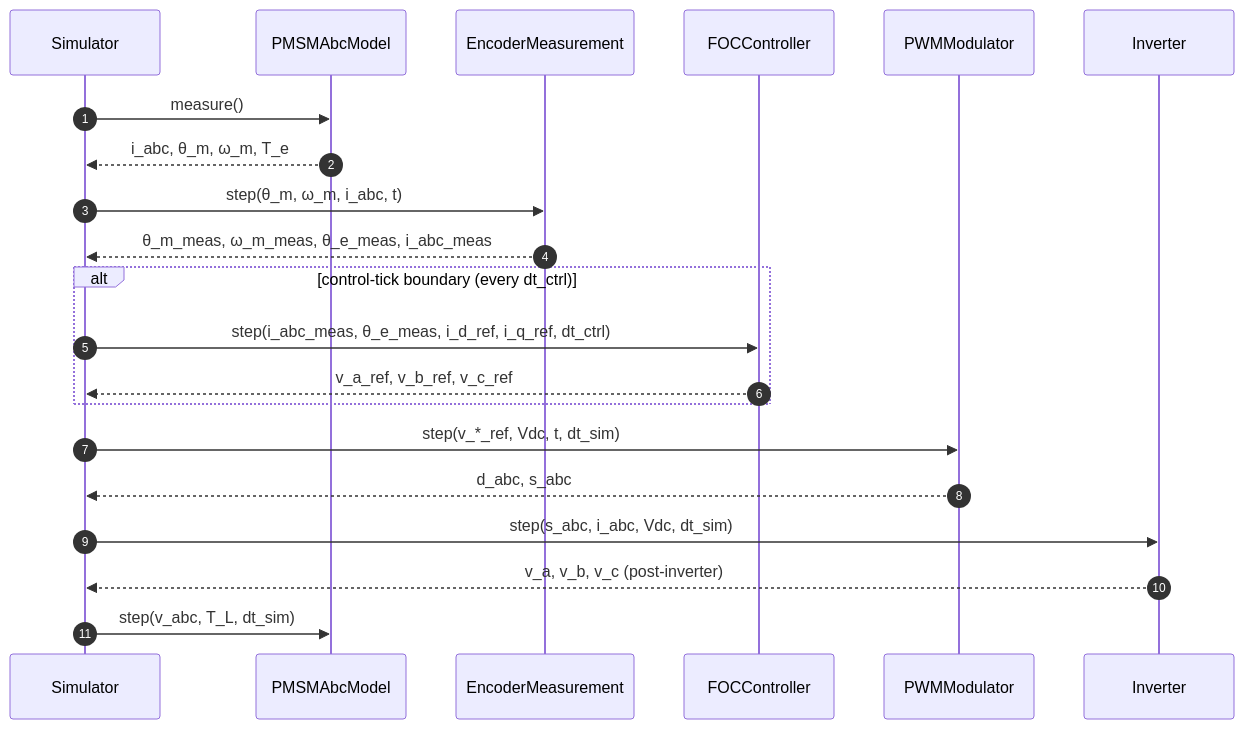
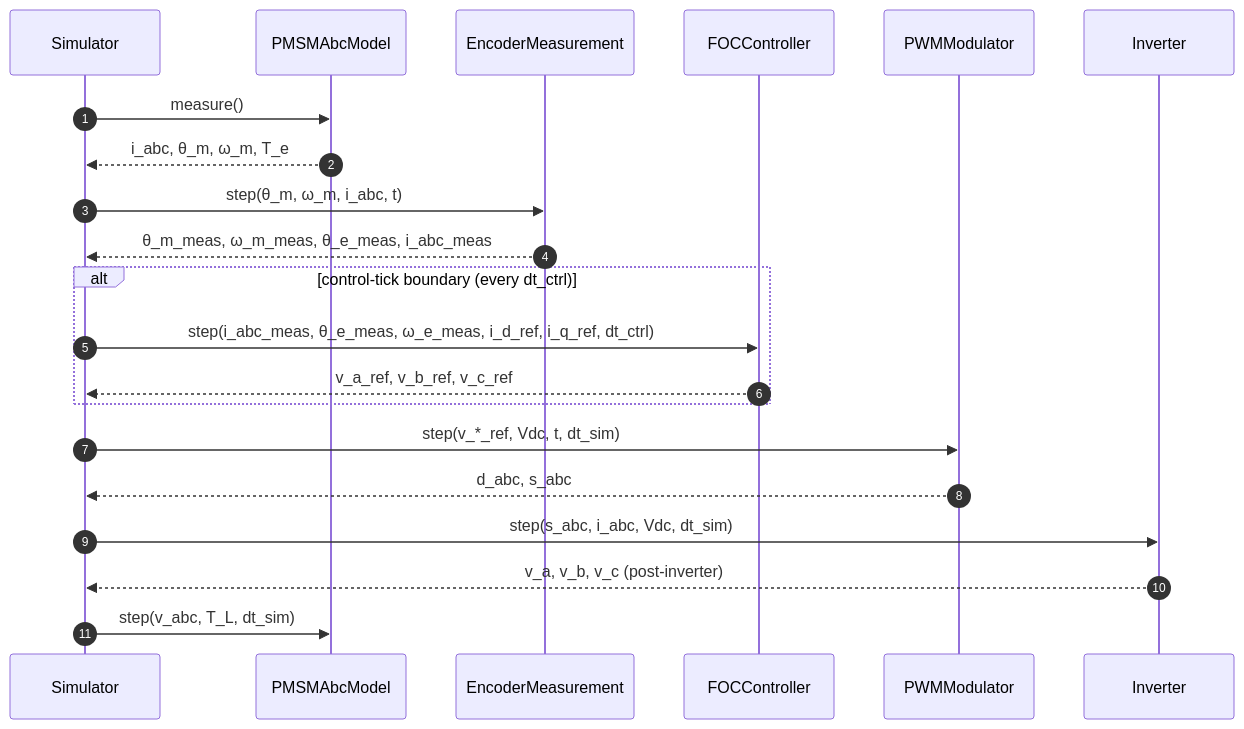
One commit to PhillipMaree/slimtorq-control changed the second of 3 diagrams in README.md. Above: the diagram before and after it, drawn with Mermaid. The commit also changed other lines of this file and 13 other files, not shown here.

````diff
--- a/README.md
+++ b/README.md
@@ -77,24 +79,24 @@
 ```mermaid
 sequenceDiagram
     autonumber
     participant SIM as Simulator
     participant PMSM as PMSMAbcModel
     participant ENC as EncoderMeasurement
     participant FOC as FOCController
     participant PWM as PWMModulator
     participant INV as Inverter
 
     SIM->>PMSM: measure()
     PMSM-->>SIM: i_abc, θ_m, ω_m, T_e
     SIM->>ENC: step(θ_m, ω_m, i_abc, t)
     ENC-->>SIM: θ_m_meas, ω_m_meas, θ_e_meas, i_abc_meas
     alt control-tick boundary (every dt_ctrl)
-        SIM->>FOC: step(i_abc_meas, θ_e_meas, i_d_ref, i_q_ref, dt_ctrl)
+        SIM->>FOC: step(i_abc_meas, θ_e_meas, ω_e_meas, i_d_ref, i_q_ref, dt_ctrl)
         FOC-->>SIM: v_a_ref, v_b_ref, v_c_ref
     end
     SIM->>PWM: step(v_*_ref, Vdc, t, dt_sim)
     PWM-->>SIM: d_abc, s_abc
     SIM->>INV: step(s_abc, i_abc, Vdc, dt_sim)
     INV-->>SIM: v_a, v_b, v_c (post-inverter)
     SIM->>PMSM: step(v_abc, T_L, dt_sim)
 ```
````
